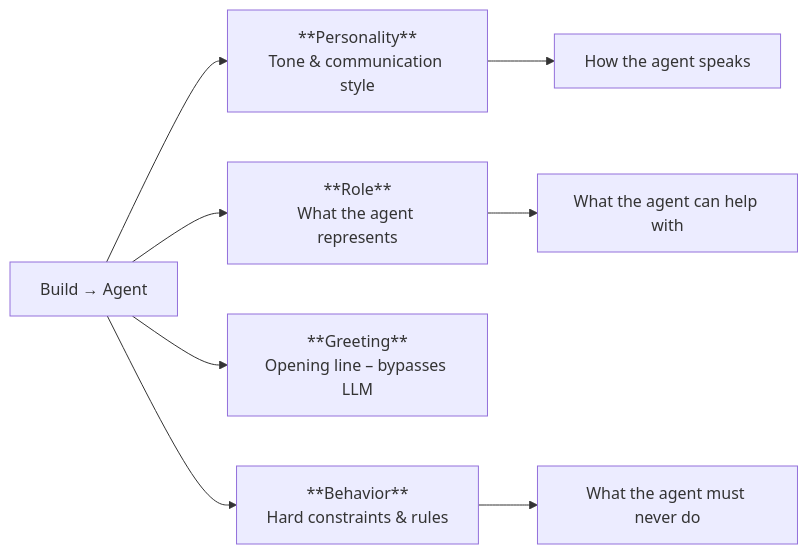
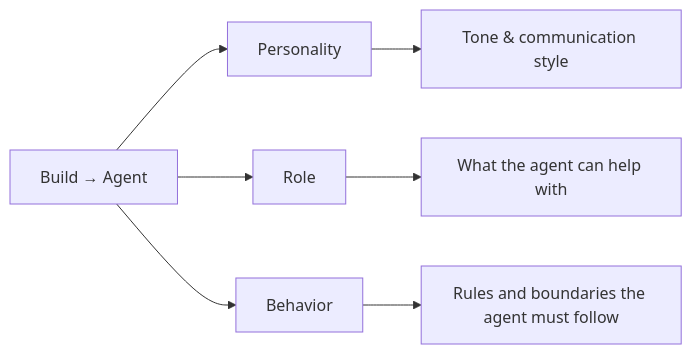
Before and after one commit to PolyAI-LDN/polyai-mintlify-doc: the diagram in learn/guides/get-started/edit-agent-behavior.mdx, drawn with Mermaid. The commit also changed other lines of this file and 3 other files, not shown here.

````diff
--- a/learn/guides/get-started/edit-agent-behavior.mdx
+++ b/learn/guides/get-started/edit-agent-behavior.mdx
@@ -39,10 +38,9 @@
 ```mermaid
 flowchart LR
-    A[Build → Agent] --> B["**Personality**\nTone & communication style"]
-    A --> C["**Role**\nWhat the agent represents"]
-    A --> D["**Greeting**\nOpening line – bypasses LLM"]
-    A --> E["**Behavior**\nHard constraints & rules"]
-    B --> F[How the agent speaks]
+    A[Build → Agent] --> B["Personality"]
+    A --> C["Role"]
+    A --> E["Behavior"]
+    B --> F[Tone & communication style]
     C --> G[What the agent can help with]
-    E --> H[What the agent must never do]
+    E --> H[Rules and boundaries the agent must follow]
 ```
````
